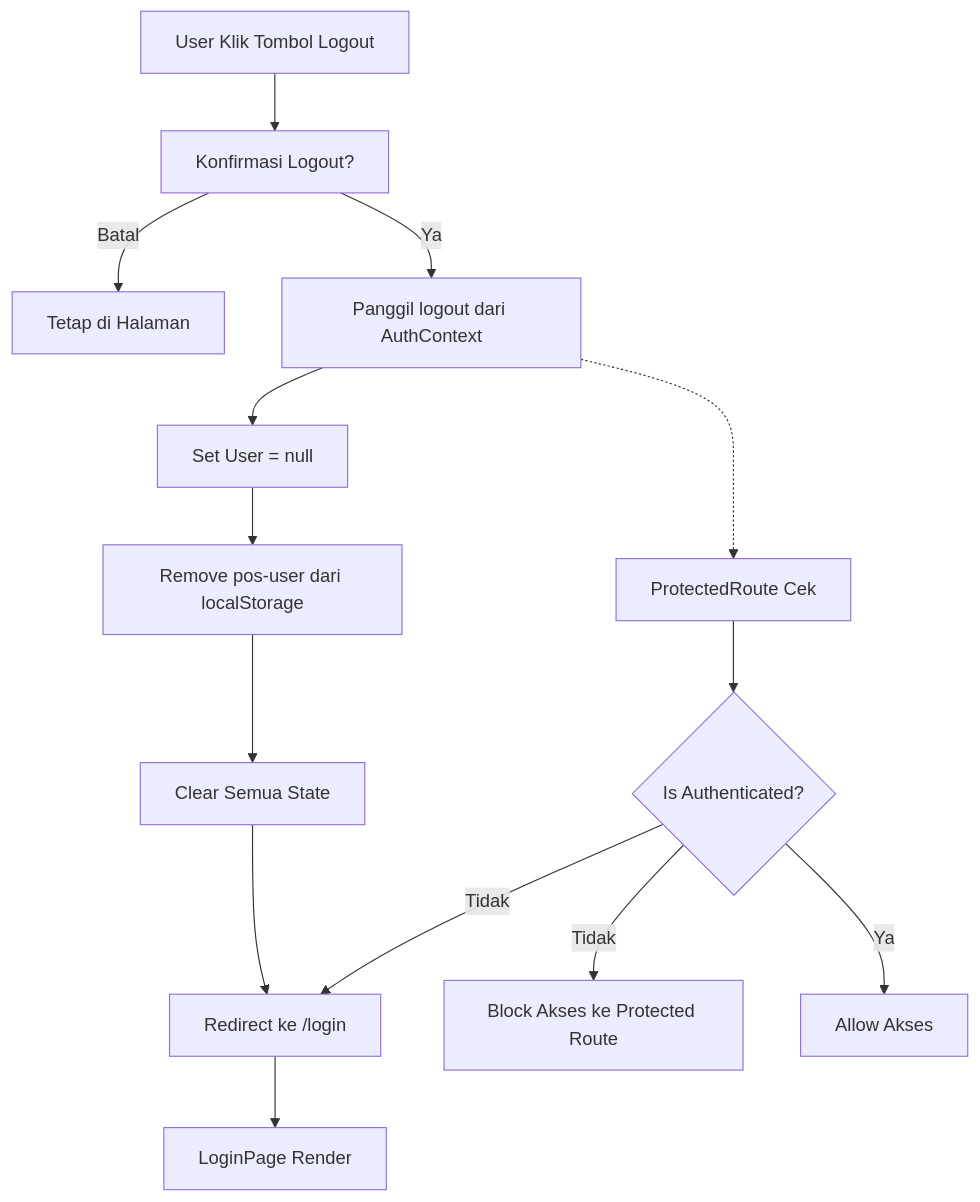
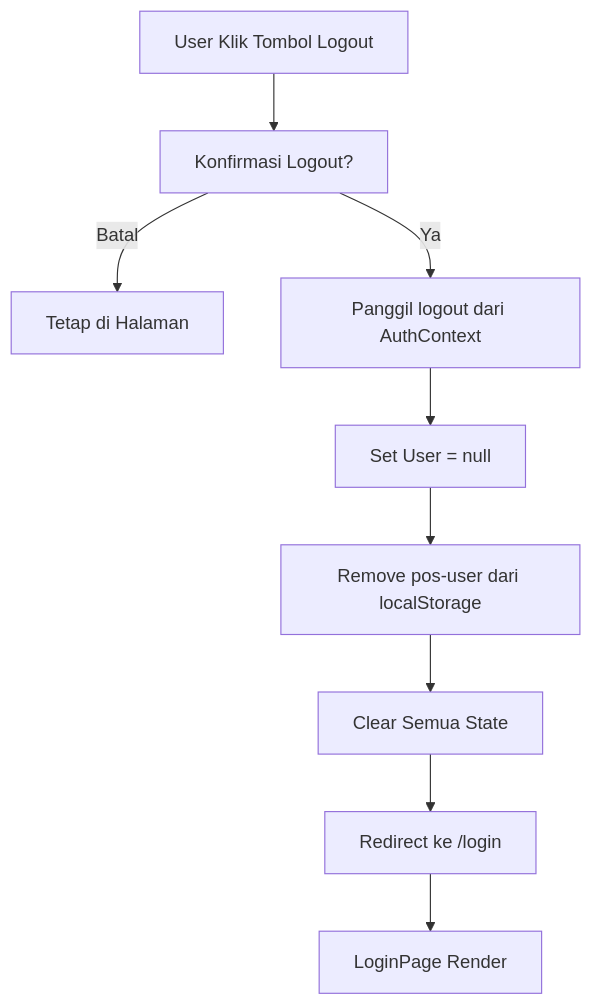
Diagram 15 of 20 in FLOWCHART.md (ricky-blip/pos-frontend), drawn with Mermaid before and after one commit. The commit also changed other lines of this file, not shown here.

Commit message:
update flowchart

````diff
--- a/FLOWCHART.md
+++ b/FLOWCHART.md
@@ -654,18 +662,12 @@
 ```mermaid
 flowchart TD
     A[User Klik Tombol Logout] --> B[Konfirmasi Logout?]
     B -->|Batal| C[Tetap di Halaman]
     B -->|Ya| D[Panggil logout dari AuthContext]
 
     D --> E[Set User = null]
     E --> F[Remove pos-user dari localStorage]
     F --> G[Clear Semua State]
     G --> H[Redirect ke /login]
     H --> I[LoginPage Render]
-
-    D -.-> J[ProtectedRoute Cek]
-    J --> K{Is Authenticated?}
-    K -->|Tidak| L[Block Akses ke Protected Route]
-    K -->|Ya| M[Allow Akses]
-    K -->|Tidak| H
 ```
````
